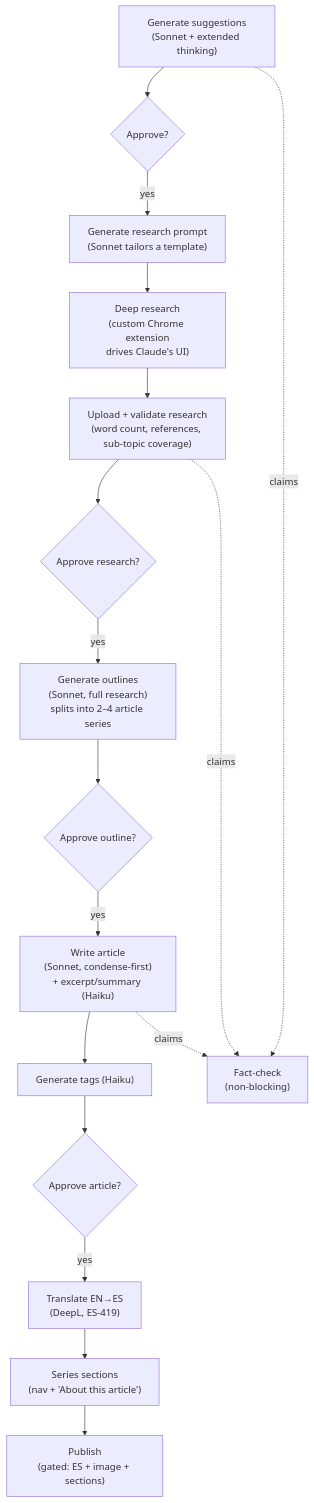
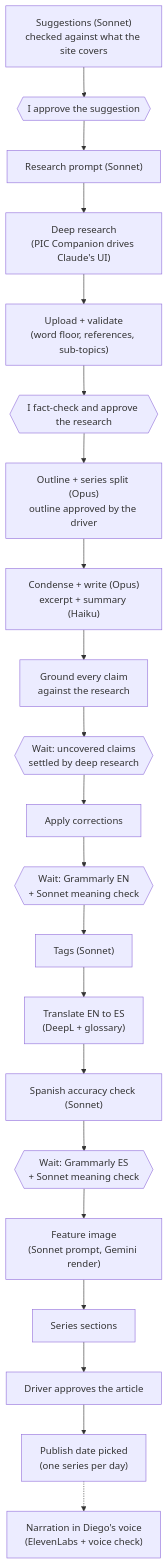
Before and after one commit to wanderindev/ai-powered-content-generation-engine: the diagram in docs/02-blog-and-content-pipeline.md, drawn with Mermaid. The commit also changed other lines of this file and 441 other files, not shown here.

````diff
--- a/docs/02-blog-and-content-pipeline.md
+++ b/docs/02-blog-and-content-pipeline.md
@@ -13,20 +13,23 @@
 ```mermaid
 flowchart TD
-    A["Generate suggestions<br/>(Sonnet + extended thinking)"] --> B{Approve?}
-    B -->|yes| C["Generate research prompt<br/>(Sonnet tailors a template)"]
-    C --> D["Deep research<br/>(custom Chrome extension<br/>drives Claude's UI)"]
-    D --> E["Upload + validate research<br/>(word count, references, sub-topic coverage)"]
-    E --> F{Approve research?}
-    F -->|yes| G["Generate outlines<br/>(Sonnet, full research)<br/>splits into 2–4 article series"]
-    G --> H{Approve outline?}
-    H -->|yes| I["Write article<br/>(Sonnet, condense-first)<br/>+ excerpt/summary (Haiku)"]
-    I --> J["Generate tags (Haiku)"]
-    J --> K{Approve article?}
-    K -->|yes| L["Translate EN→ES<br/>(DeepL, ES-419)"]
-    L --> M["Series sections<br/>(nav + 'About this article')"]
-    M --> N["Publish<br/>(gated: ES + image + sections)"]
-
-    A -.->|claims| FC["Fact-check<br/>(non-blocking)"]
-    E -.->|claims| FC
-    I -.->|claims| FC
+    S["Suggestions (Sonnet)<br/>checked against what the site covers"] --> SA{{"I approve the suggestion"}}
+    SA --> RP["Research prompt (Sonnet)"]
+    RP --> DR["Deep research<br/>(PIC Companion drives Claude's UI)"]
+    DR --> UP["Upload + validate<br/>(word floor, references, sub-topics)"]
+    UP --> RA{{"I fact-check and approve the research"}}
+    RA --> O["Outline + series split (Opus)<br/>outline approved by the driver"]
+    O --> W["Condense + write (Opus)<br/>excerpt + summary (Haiku)"]
+    W --> G["Ground every claim<br/>against the research"]
+    G --> GW{{"Wait: uncovered claims<br/>settled by deep research"}}
+    GW --> C["Apply corrections"]
+    C --> GE{{"Wait: Grammarly EN<br/>+ Sonnet meaning check"}}
+    GE --> T["Tags (Sonnet)"]
+    T --> TR["Translate EN to ES<br/>(DeepL + glossary)"]
+    TR --> EA["Spanish accuracy check (Sonnet)"]
+    EA --> GS{{"Wait: Grammarly ES<br/>+ Sonnet meaning check"}}
+    GS --> IM["Feature image<br/>(Sonnet prompt, Gemini render)"]
+    IM --> SS["Series sections"]
+    SS --> AP["Driver approves the article"]
+    AP --> PD["Publish date picked<br/>(one series per day)"]
+    PD -.-> N["Narration in Diego's voice<br/>(ElevenLabs + voice check)"]
 ```
````
